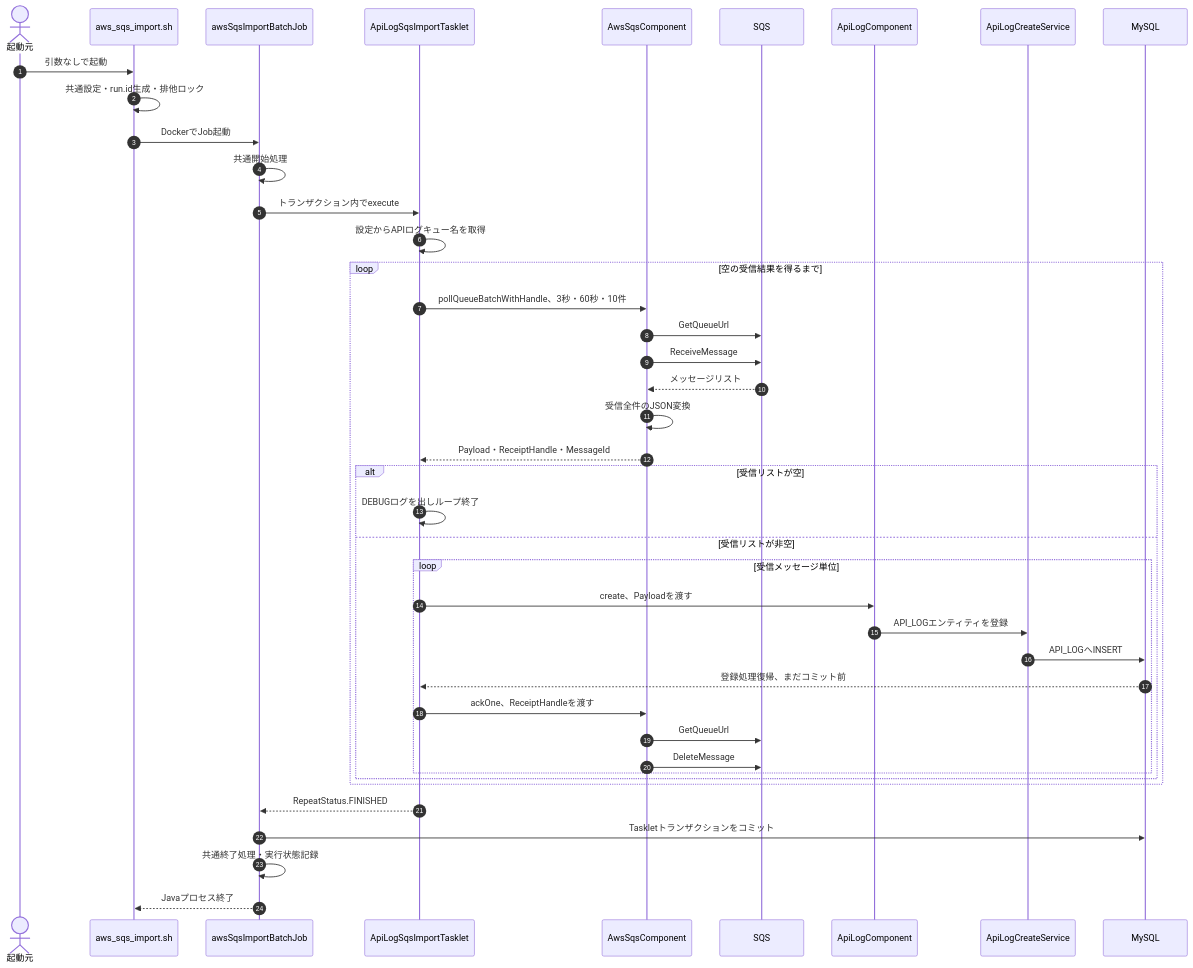
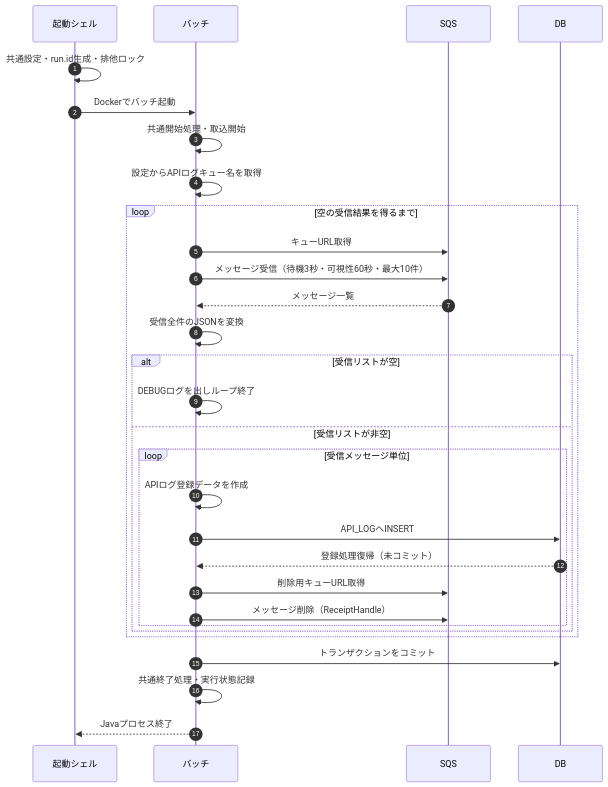
Before and after one commit to kohei-okazaki/work-3g: the second of 2 diagrams in ha-docs/design/03_batch/設計書_3.4.AWS SQS取込バッチ.md, drawn with Mermaid. The commit also changed other lines of this file and 12 other files, not shown here.

````diff
--- a/ha-docs/design/03_batch/設計書_3.4.AWS SQS取込バッチ.md
+++ b/ha-docs/design/03_batch/設計書_3.4.AWS SQS取込バッチ.md
@@ -131,44 +45,32 @@
 ```mermaid
 sequenceDiagram
     autonumber
-    actor Operator as 起動元
-    participant Shell as aws_sqs_import.sh
-    participant Job as awsSqsImportBatchJob
-    participant Tasklet as ApiLogSqsImportTasklet
-    participant SQSComponent as AwsSqsComponent
+    participant Shell as 起動シェル
+    participant Batch as バッチ
     participant SQS as SQS
-    participant Component as ApiLogComponent
-    participant Service as ApiLogCreateService
-    participant DB as MySQL
-    Operator->>Shell: 引数なしで起動
+    participant DB as DB
     Shell->>Shell: 共通設定・run.id生成・排他ロック
-    Shell->>Job: DockerでJob起動
-    Job->>Job: 共通開始処理
-    Job->>Tasklet: トランザクション内でexecute
-    Tasklet->>Tasklet: 設定からAPIログキュー名を取得
+    Shell->>Batch: Dockerでバッチ起動
+    Batch->>Batch: 共通開始処理・取込開始
+    Batch->>Batch: 設定からAPIログキュー名を取得
     loop 空の受信結果を得るまで
-        Tasklet->>SQSComponent: pollQueueBatchWithHandle、3秒・60秒・10件
-        SQSComponent->>SQS: GetQueueUrl
-        SQSComponent->>SQS: ReceiveMessage
-        SQS-->>SQSComponent: メッセージリスト
-        SQSComponent->>SQSComponent: 受信全件のJSON変換
-        SQSComponent-->>Tasklet: Payload・ReceiptHandle・MessageId
+        Batch->>SQS: キューURL取得
+        Batch->>SQS: メッセージ受信（待機3秒・可視性60秒・最大10件）
+        SQS-->>Batch: メッセージ一覧
+        Batch->>Batch: 受信全件のJSONを変換
         alt 受信リストが空
-            Tasklet->>Tasklet: DEBUGログを出しループ終了
+            Batch->>Batch: DEBUGログを出しループ終了
         else 受信リストが非空
             loop 受信メッセージ単位
-                Tasklet->>Component: create、Payloadを渡す
-                Component->>Service: API_LOGエンティティを登録
-                Service->>DB: API_LOGへINSERT
-                DB-->>Tasklet: 登録処理復帰、まだコミット前
-                Tasklet->>SQSComponent: ackOne、ReceiptHandleを渡す
-                SQSComponent->>SQS: GetQueueUrl
-                SQSComponent->>SQS: DeleteMessage
+                Batch->>Batch: APIログ登録データを作成
+                Batch->>DB: API_LOGへINSERT
+                DB-->>Batch: 登録処理復帰（未コミット）
+                Batch->>SQS: 削除用キューURL取得
+                Batch->>SQS: メッセージ削除（ReceiptHandle）
             end
         end
     end
-    Tasklet-->>Job: RepeatStatus.FINISHED
-    Job->>DB: Taskletトランザクションをコミット
-    Job->>Job: 共通終了処理・実行状態記録
-    Job-->>Shell: Javaプロセス終了
+    Batch->>DB: トランザクションをコミット
+    Batch->>Batch: 共通終了処理・実行状態記録
+    Batch-->>Shell: Javaプロセス終了
 ```
````
